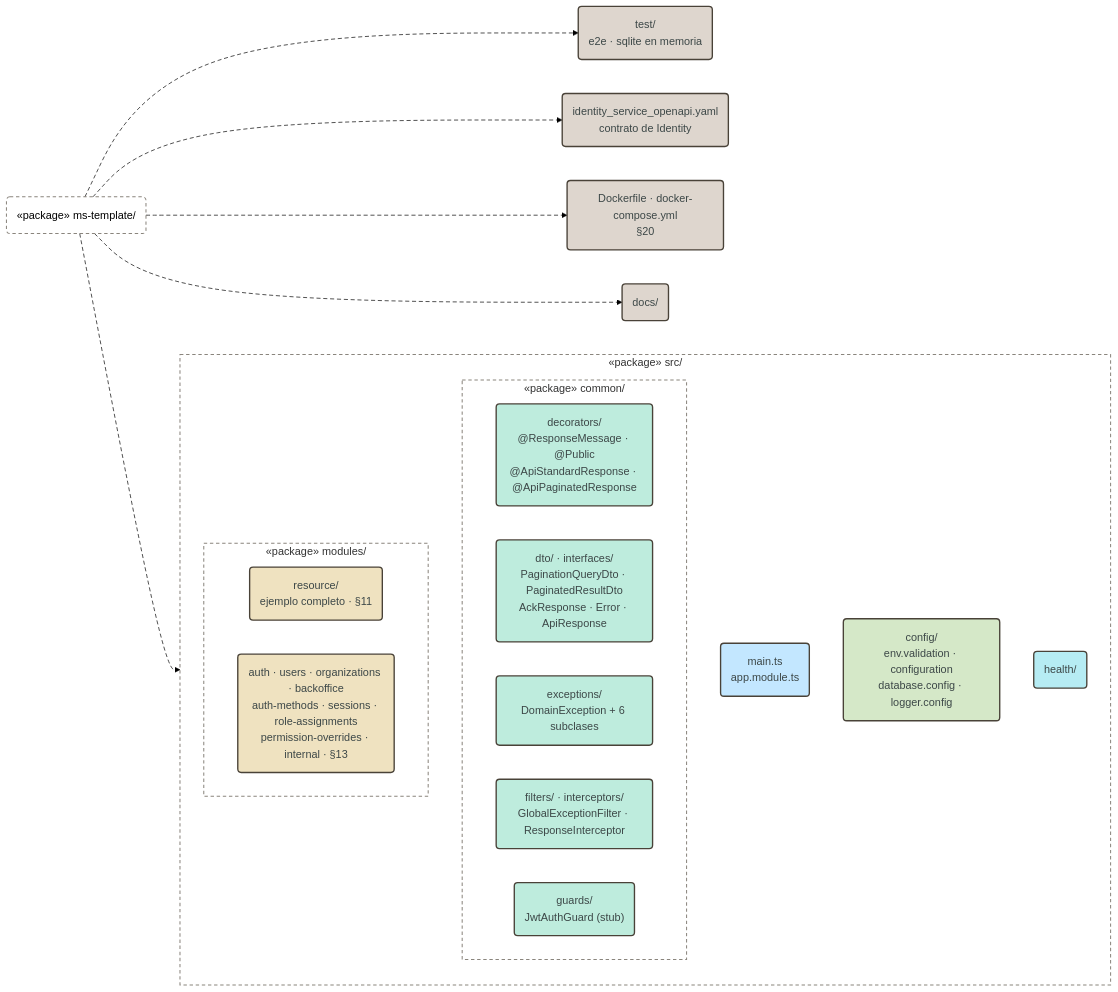
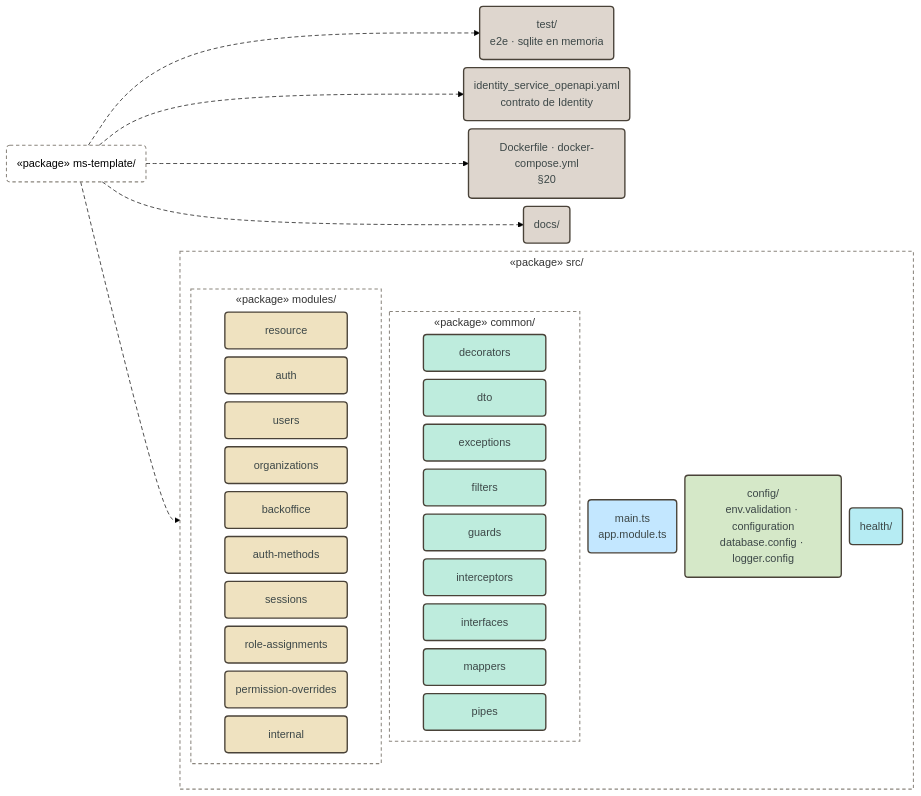
The second of 19 diagrams in docs/architecture.md (pcarroza91/nest-template), drawn with Mermaid (forest theme) before and after one commit.

Commit message:
docs(architecture): mapa del repositorio con módulos y common por nombre, compacto y de ancho uniforme

````diff
--- a/docs/architecture.md
+++ b/docs/architecture.md
@@ -68,42 +68,62 @@
 ```mermaid
+---
+config:
+  flowchart:
+    nodeSpacing: 12
+    subGraphTitleMargin:
+      top: 4
+      bottom: 14
+---
 flowchart LR
     ROOT("«package» ms-template/")
     subgraph SRC["«package» src/"]
         MAINF("main.ts<br/>app.module.ts")
         CFG("config/<br/>env.validation · configuration<br/>database.config · logger.config")
         subgraph COM["«package» common/"]
-            CDEC("decorators/<br/>@ResponseMessage · @Public<br/>@ApiStandardResponse · @ApiPaginatedResponse")
-            CDTO("dto/ · interfaces/<br/>PaginationQueryDto · PaginatedResultDto<br/>AckResponse · Error · ApiResponse")
-            CEXC("exceptions/<br/>DomainException + 6 subclases")
-            CFIL("filters/ · interceptors/<br/>GlobalExceptionFilter · ResponseInterceptor")
-            CGRD("guards/<br/>JwtAuthGuard (stub)")
+            CDEC("<span style='display:inline-block;width:150px'>decorators</span>")
+            CDTO("<span style='display:inline-block;width:150px'>dto</span>")
+            CEXC("<span style='display:inline-block;width:150px'>exceptions</span>")
+            CFIL("<span style='display:inline-block;width:150px'>filters</span>")
+            CGRD("<span style='display:inline-block;width:150px'>guards</span>")
+            CINT("<span style='display:inline-block;width:150px'>interceptors</span>")
+            CIFC("<span style='display:inline-block;width:150px'>interfaces</span>")
+            CMAP("<span style='display:inline-block;width:150px'>mappers</span>")
+            CPIP("<span style='display:inline-block;width:150px'>pipes</span>")
         end
         HLT("health/")
         subgraph MODS["«package» modules/"]
-            MRES("resource/<br/>ejemplo completo · §11")
-            MIDN("auth · users · organizations · backoffice<br/>auth-methods · sessions · role-assignments<br/>permission-overrides · internal · §13")
+            MRES("<span style='display:inline-block;width:150px'>resource</span>")
+            MAUTH("<span style='display:inline-block;width:150px'>auth</span>")
+            MUSR("<span style='display:inline-block;width:150px'>users</span>")
+            MORG("<span style='display:inline-block;width:150px'>organizations</span>")
+            MBO("<span style='display:inline-block;width:150px'>backoffice</span>")
+            MAM("<span style='display:inline-block;width:150px'>auth-methods</span>")
+            MSES("<span style='display:inline-block;width:150px'>sessions</span>")
+            MRA("<span style='display:inline-block;width:150px'>role-assignments</span>")
+            MPO("<span style='display:inline-block;width:150px'>permission-overrides</span>")
+            MINT("<span style='display:inline-block;width:150px'>internal</span>")
         end
     end
     TST("test/<br/>e2e · sqlite en memoria")
     OAS("identity_service_openapi.yaml<br/>contrato de Identity")
     DCK("Dockerfile · docker-compose.yml<br/>§20")
     DOCS("docs/")
 
     ROOT --> SRC & TST & OAS & DCK & DOCS
 
     classDef bootstrap fill:#c3e7ff,stroke:#494238,stroke-width:2px,color:#3c4747
     classDef health fill:#b6ecf3,stroke:#494238,stroke-width:2px,color:#3c4747
     classDef modules fill:#efe2c0,stroke:#494238,stroke-width:2px,color:#3c4747
     classDef common fill:#beecdd,stroke:#494238,stroke-width:2px,color:#3c4747
     classDef config fill:#d5e8c8,stroke:#494238,stroke-width:2px,color:#3c4747
     classDef infra fill:#ded6ce,stroke:#494238,stroke-width:2px,color:#3c4747
     classDef pkg fill:transparent,stroke:#8a857d,stroke-width:1.5px,stroke-dasharray:5 4
     class MAINF bootstrap
     class HLT health
-    class MRES,MIDN modules
-    class CDEC,CDTO,CEXC,CFIL,CGRD common
+    class MRES,MAUTH,MUSR,MORG,MBO,MAM,MSES,MRA,MPO,MINT modules
+    class CDEC,CDTO,CEXC,CFIL,CGRD,CINT,CIFC,CMAP,CPIP common
     class CFG config
     class TST,OAS,DCK,DOCS infra
     class ROOT,SRC,COM,MODS pkg
     linkStyle default stroke-dasharray:6 4
 ```
````
